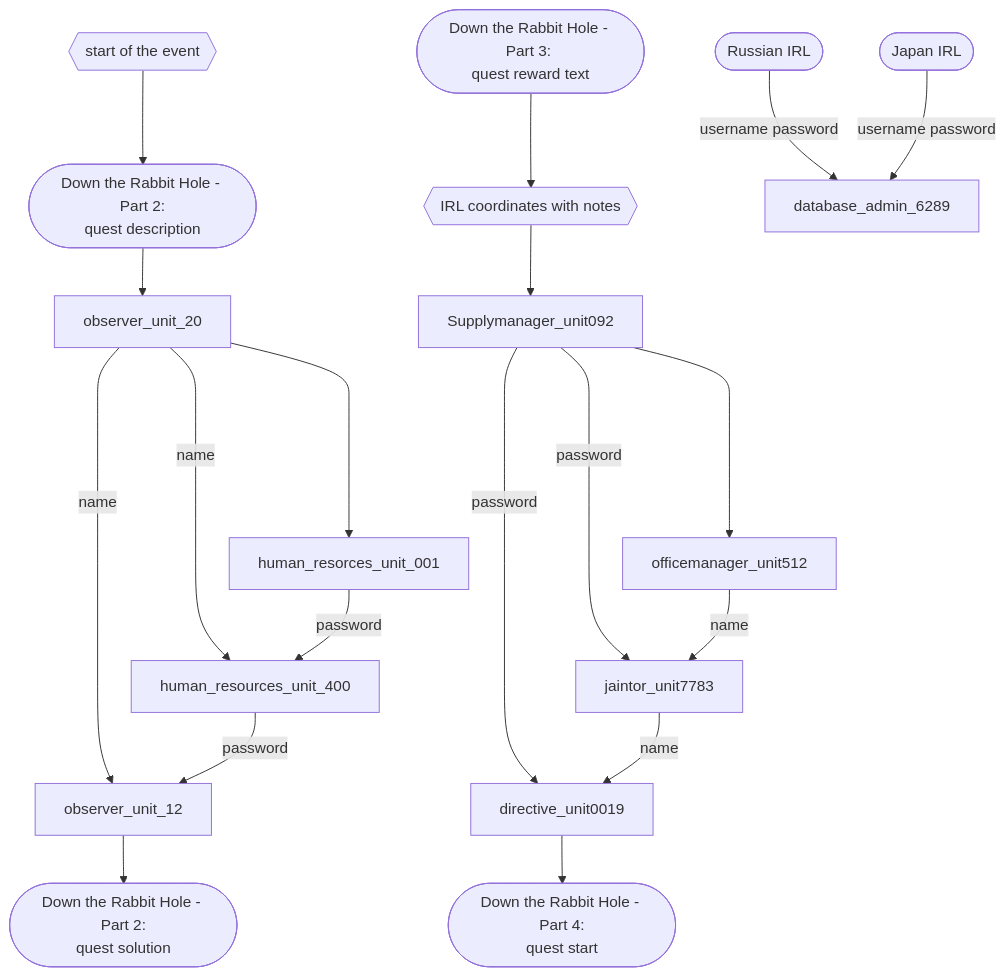
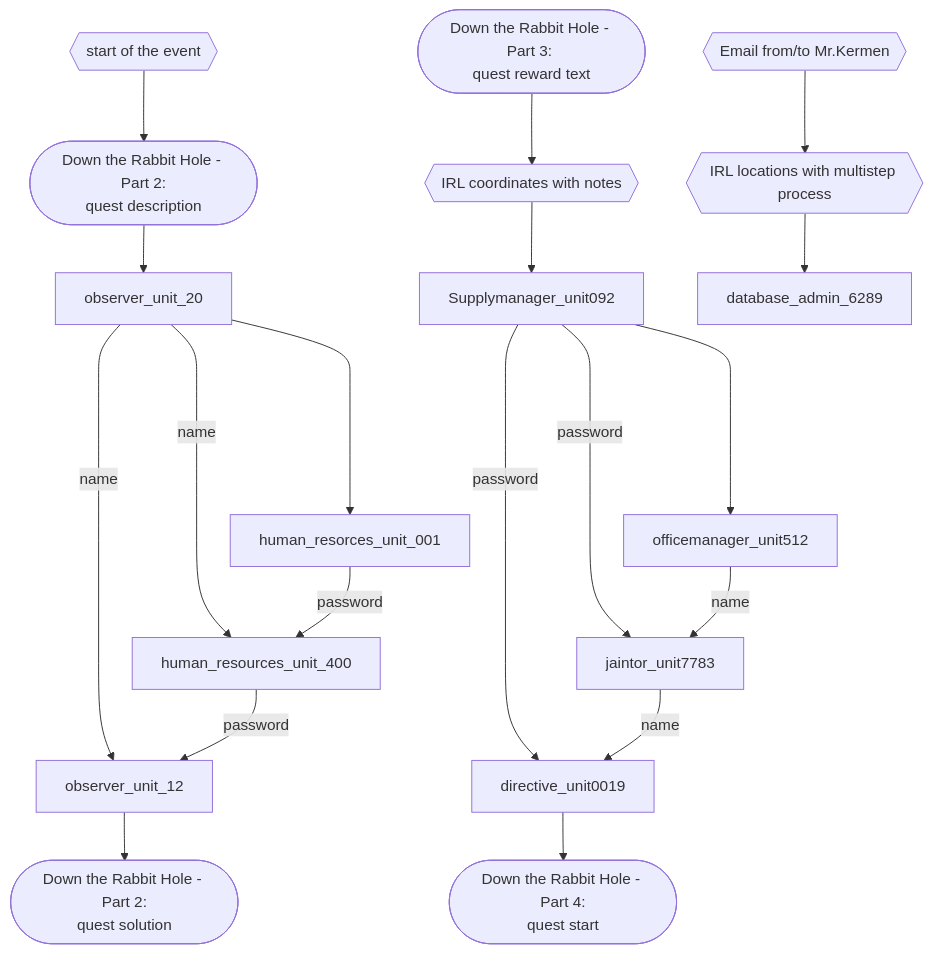
Before and after one commit to 3ncy/ARRS-s5: the diagram in README.md, drawn with Mermaid.

````diff
--- a/README.md
+++ b/README.md
@@ -17,27 +17,27 @@
 ```mermaid
 graph TD;
     start{{start of the event}} --> quest2-desc(["Down the Rabbit Hole - Part 2:
 quest description"]);
     quest2-desc --> observer_unit_20;
     observer_unit_20 --name--> observer_unit_12;
     observer_unit_20 --name--> human_resources_unit_400;
     observer_unit_20 ----> human_resorces_unit_001;
     human_resorces_unit_001 --password--> human_resources_unit_400;
     human_resources_unit_400 --password--> observer_unit_12;
     observer_unit_12 --> quest2-sol(["Down the Rabbit Hole - Part 2:
 quest solution"]);
 
     quest3(["Down the Rabbit Hole - Part 3: 
-quest reward text"]) --> irl{{IRL coordinates with notes}};
-    irl --> Supplymanager_unit092;
+quest reward text"]) --> irl1{{IRL coordinates with notes}};
+    irl1 --> Supplymanager_unit092;
     Supplymanager_unit092 ----> officemanager_unit512;
     Supplymanager_unit092 --password--> jaintor_unit7783;
     Supplymanager_unit092 --password--> directive_unit0019;
     officemanager_unit512 --name--> jaintor_unit7783;
     jaintor_unit7783 --name--> directive_unit0019;
     directive_unit0019 --> quest4(["Down the Rabbit Hole - Part 4:
 quest start"]);
 
-    irlru(["Russian IRL"]) --username password--> database_admin_6289
-    irlja(["Japan IRL"]) --username password--> database_admin_6289
+    irl-email{{"Email from/to Mr.Kermen"}} --> irl-2{{"IRL locations with multistep process"}}
+    irl-2 --> database_admin_6289;
 ```
````
